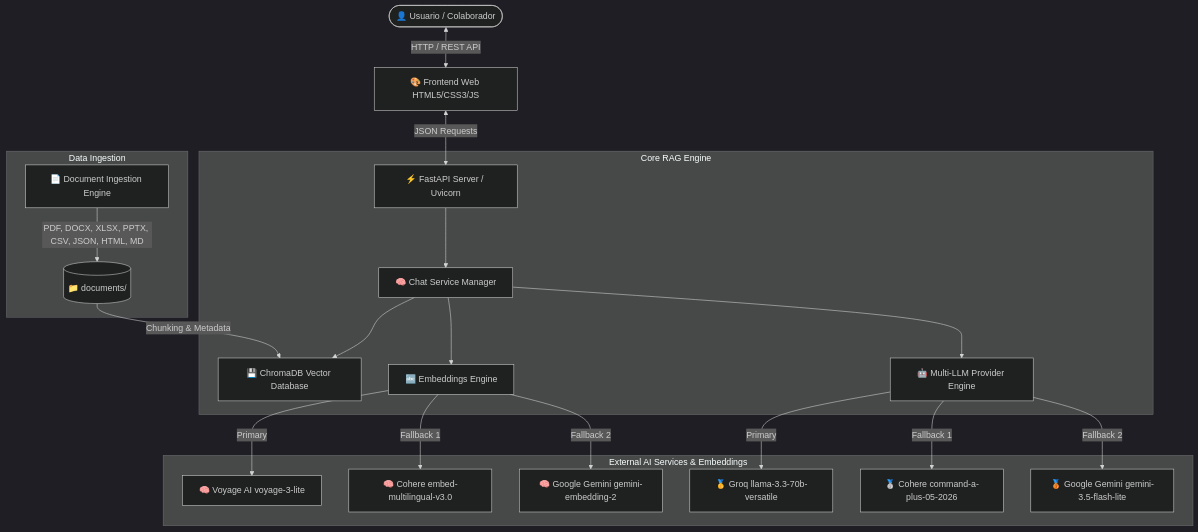
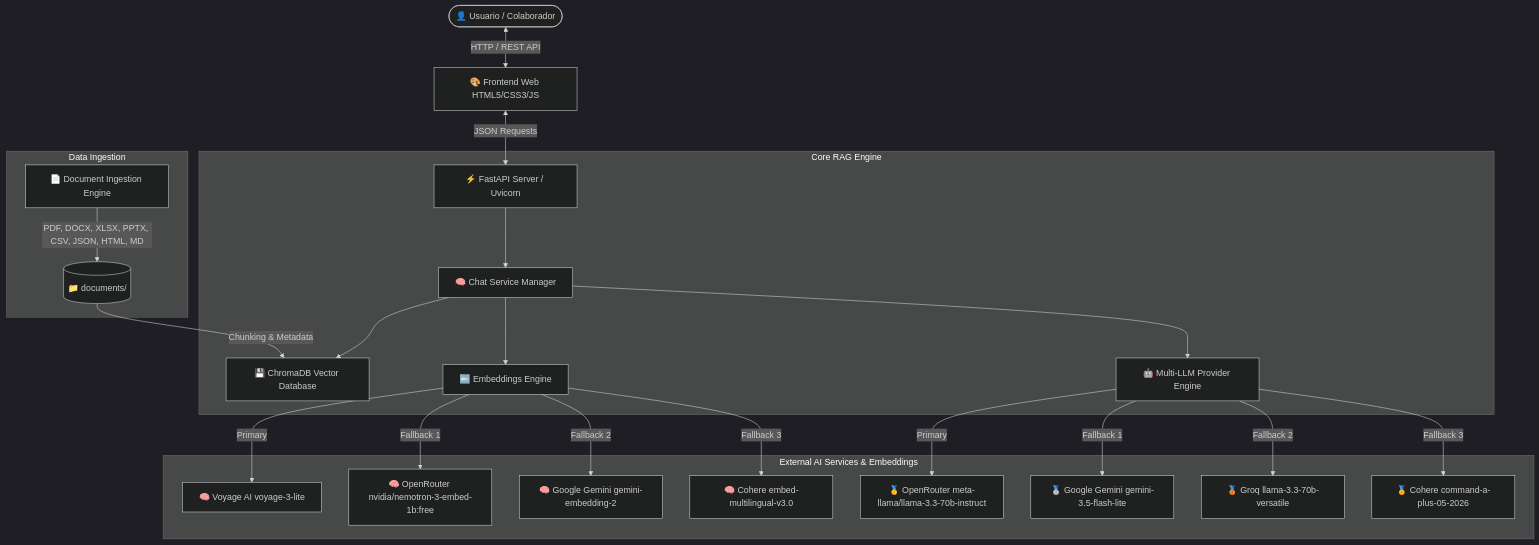
One commit to ECjhonny/NovaGPU changed the diagram in README.md. Above: the diagram before and after it, drawn with Mermaid (dark theme). The commit also changed other lines of this file, not shown here.

Commit message:
docs(readme): actualizar documentación completa con OpenRouter LLM, Embeddings Nemotron y Guardrails

````diff
--- a/README.md
+++ b/README.md
@@ -67,27 +68,29 @@
 ```mermaid
 graph TD
     User([👤 Usuario / Colaborador]) <-->|HTTP / REST API| Frontend[🎨 Frontend Web HTML5/CSS3/JS]
     Frontend <-->|JSON Requests| FastAPI[⚡ FastAPI Server / Uvicorn]
     
     subgraph Core RAG Engine
         FastAPI --> ChatService[🧠 Chat Service Manager]
         ChatService --> VectorStore[💾 ChromaDB Vector Database]
         ChatService --> Embeddings[🔤 Embeddings Engine]
         ChatService --> MultiLLM[🤖 Multi-LLM Provider Engine]
     end
 
     subgraph External AI Services & Embeddings
         Embeddings -->|Primary| Voyage[🧠 Voyage AI voyage-3-lite]
-        Embeddings -->|Fallback 1| CohereEmbed[🧠 Cohere embed-multilingual-v3.0]
+        Embeddings -->|Fallback 1| OpenRouterEmbed[🧠 OpenRouter nvidia/nemotron-3-embed-1b:free]
         Embeddings -->|Fallback 2| GeminiEmbed[🧠 Google Gemini gemini-embedding-2]
+        Embeddings -->|Fallback 3| CohereEmbed[🧠 Cohere embed-multilingual-v3.0]
 
-        MultiLLM -->|Primary| Groq[🥇 Groq llama-3.3-70b-versatile]
-        MultiLLM -->|Fallback 1| CohereLLM[🥈 Cohere command-a-plus-05-2026]
-        MultiLLM -->|Fallback 2| GeminiLLM[🥉 Google Gemini gemini-3.5-flash-lite]
+        MultiLLM -->|Primary| OpenRouterLLM[🥇 OpenRouter meta-llama/llama-3.3-70b-instruct]
+        MultiLLM -->|Fallback 1| GeminiLLM[🥈 Google Gemini gemini-3.5-flash-lite]
+        MultiLLM -->|Fallback 2| Groq[🥉 Groq llama-3.3-70b-versatile]
+        MultiLLM -->|Fallback 3| CohereLLM[🏅 Cohere command-a-plus-05-2026]
     end
 
     subgraph Data Ingestion
         DocLoader[📄 Document Ingestion Engine] -->|PDF, DOCX, XLSX, PPTX, CSV, JSON, HTML, MD| DocumentFolder[(📁 documents/)]
         DocumentFolder -->|Chunking & Metadata| VectorStore
     end
 ```
````
